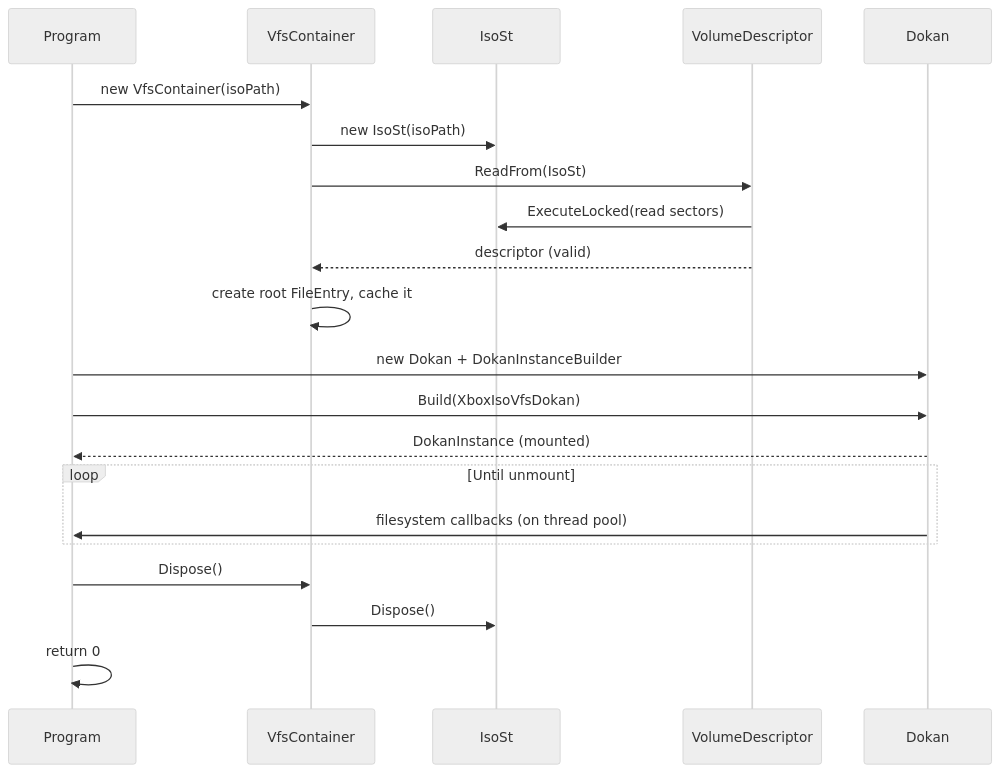
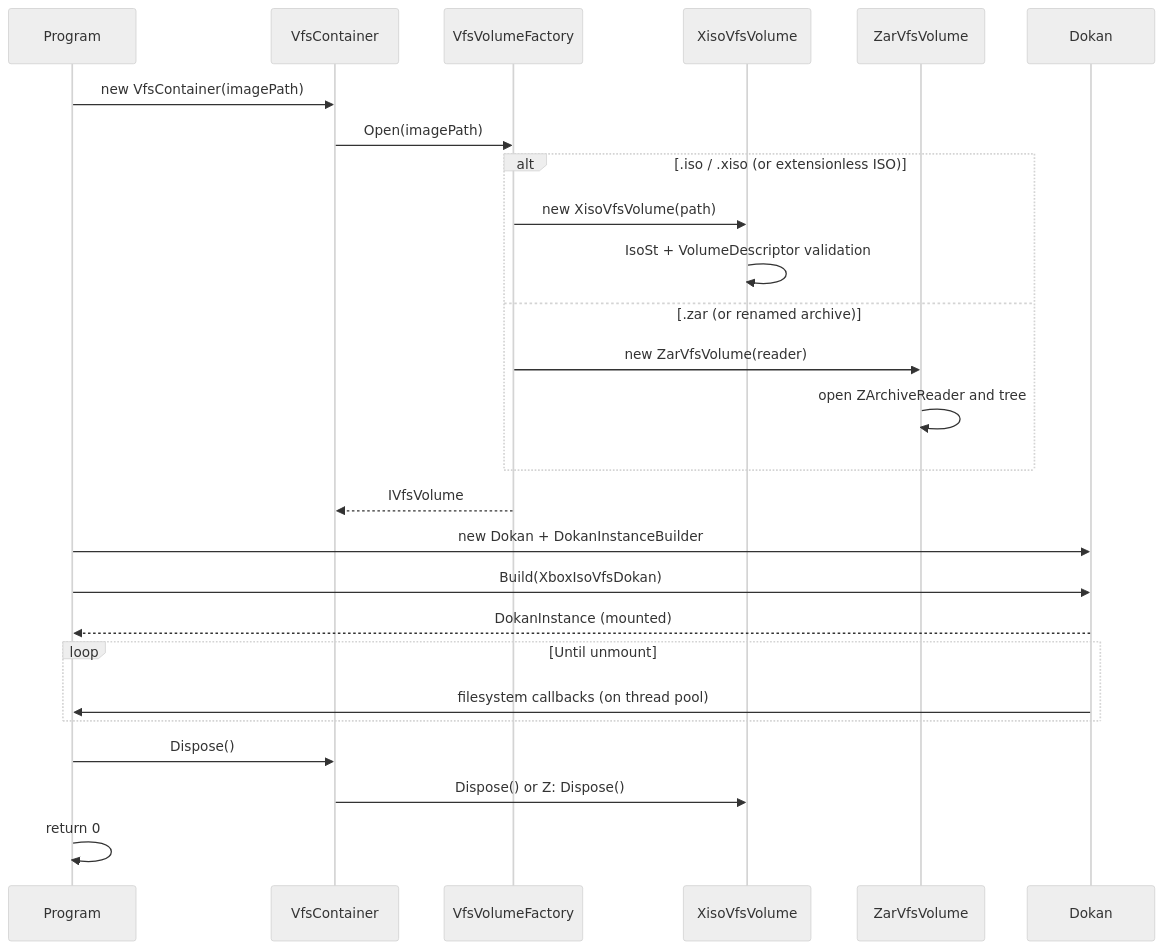
The second of 2 diagrams in docs/Architecture.md (purelogiccode/SimpleXisoDrive), drawn with Mermaid (neutral theme) before and after one commit. The commit also changed other lines of this file and 30 other files, not shown here.

First line of the commit message:
Add ZArchive (.zar) mounting support

````diff
--- a/docs/Architecture.md
+++ b/docs/Architecture.md
@@ -99,24 +111,29 @@
 ```mermaid
 sequenceDiagram
     participant P as Program
     participant V as VfsContainer
-    participant I as IsoSt
-    participant D as VolumeDescriptor
+    participant F as VfsVolumeFactory
+    participant X as XisoVfsVolume
+    participant Z as ZarVfsVolume
     participant DK as Dokan
 
-    P->>V: new VfsContainer(isoPath)
-    V->>I: new IsoSt(isoPath)
-    V->>D: ReadFrom(IsoSt)
-    D->>I: ExecuteLocked(read sectors)
-    D-->>V: descriptor (valid)
-    V->>V: create root FileEntry, cache it
+    P->>V: new VfsContainer(imagePath)
+    V->>F: Open(imagePath)
+    alt .iso / .xiso (or extensionless ISO)
+        F->>X: new XisoVfsVolume(path)
+        X->>X: IsoSt + VolumeDescriptor validation
+    else .zar (or renamed archive)
+        F->>Z: new ZarVfsVolume(reader)
+        Z->>Z: open ZArchiveReader and tree
+    end
+    F-->>V: IVfsVolume
     P->>DK: new Dokan + DokanInstanceBuilder
     P->>DK: Build(XboxIsoVfsDokan)
     DK-->>P: DokanInstance (mounted)
     loop Until unmount
         DK->>P: filesystem callbacks (on thread pool)
     end
     P->>V: Dispose()
-    V->>I: Dispose()
+    V->>X: Dispose() or Z: Dispose()
     P->>P: return 0
 ```
````
